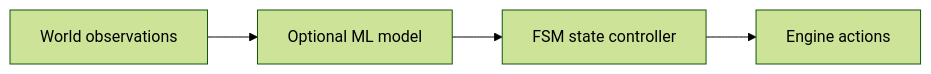
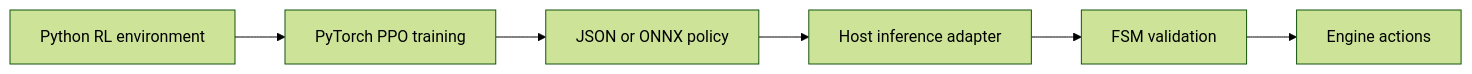
Before and after one commit to wuisabel-gif/npc-fsm: the second of 2 diagrams in README.md, drawn with Mermaid (forest theme). The commit also changed other lines of this file and 7 other files, not shown here.

Commit message:
feat: add PyTorch PPO training pipeline

````diff
--- a/README.md
+++ b/README.md
@@ -104,6 +124,8 @@
 ```mermaid
 flowchart LR
-    Sensors[World observations] --> ML[Optional ML model]
-    ML --> FSM[FSM state controller]
-    FSM --> Actions[Engine actions]
+    Sim[Python RL environment] --> PPO[PyTorch PPO training]
+    PPO --> Export[JSON or ONNX policy]
+    Export --> Adapter[Host inference adapter]
+    Adapter --> FSM[FSM validation]
+    FSM --> Engine[Engine actions]
 ```
````
